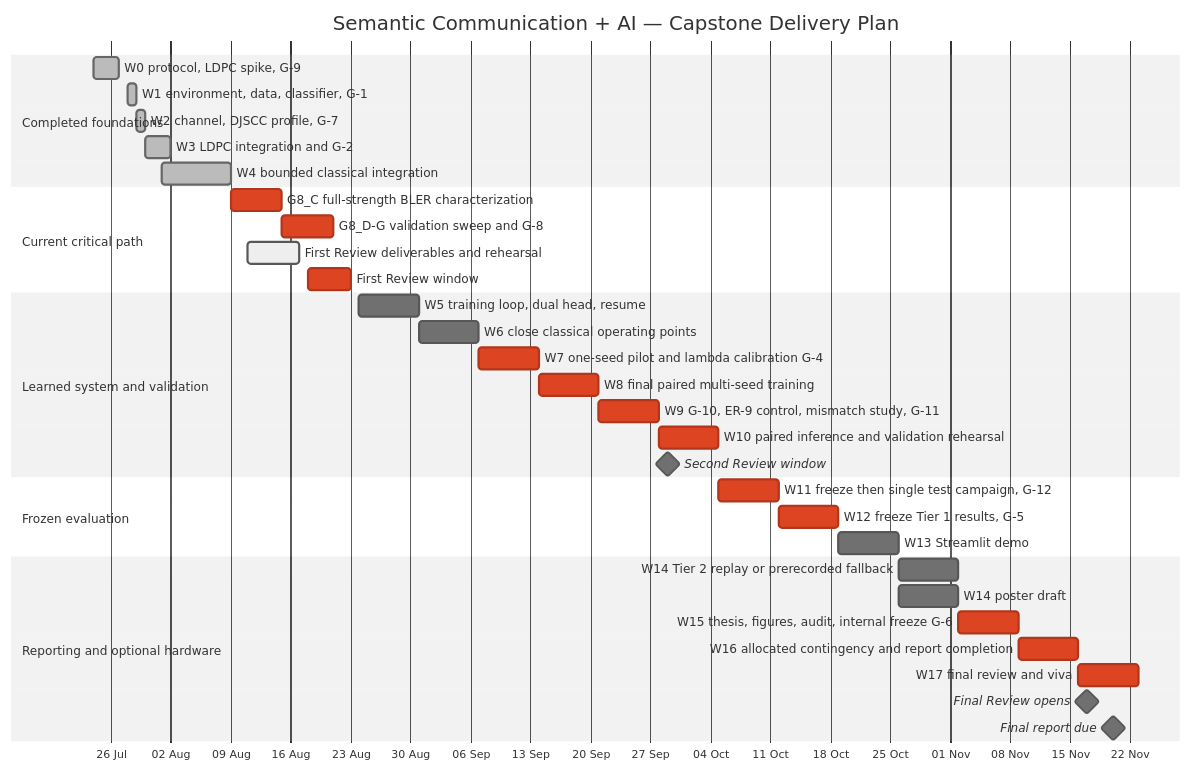
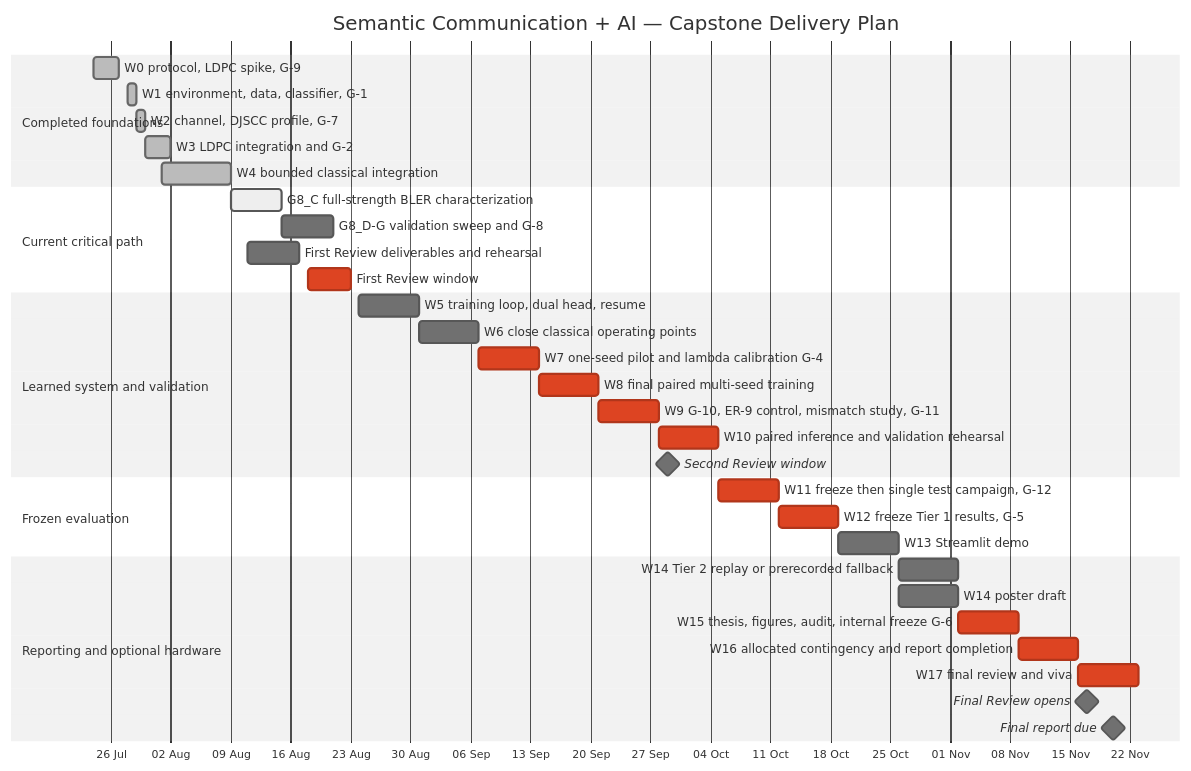
One commit to nxck2005/capstone changed the diagram in docs/gantt-plan.md. Above: the diagram before and after it, drawn with Mermaid (neutral theme). The commit also changed other lines of this file and 197 other files, not shown here.

````diff
--- a/docs/gantt-plan.md
+++ b/docs/gantt-plan.md
@@ -13,42 +13,42 @@
 ```mermaid
 gantt
     title Semantic Communication + AI — Capstone Delivery Plan
     dateFormat  YYYY-MM-DD
     axisFormat  %d %b
 
     section Completed foundations
     W0 protocol, LDPC spike, G-9                    :done, w0, 2026-07-24, 2026-07-27
     W1 environment, data, classifier, G-1           :done, w1, 2026-07-28, 2026-07-29
     W2 channel, DJSCC profile, G-7                  :done, w2, 2026-07-29, 2026-07-30
     W3 LDPC integration and G-2                     :done, w3, 2026-07-30, 2026-08-02
     W4 bounded classical integration                :done, w4, 2026-08-01, 2026-08-09
 
     section Current critical path
-    G8_C full-strength BLER characterization        :crit, g8c, 2026-08-09, 2026-08-15
-    G8_D-G validation sweep and G-8                 :crit, g8rest, after g8c, 6d
-    First Review deliverables and rehearsal         :active, reviewdocs, 2026-08-11, 2026-08-17
+    G8_C full-strength BLER characterization        :active, g8c, 2026-08-09, 2026-08-15
+    G8_D-G validation sweep and G-8                 :g8rest, after g8c, 6d
+    First Review deliverables and rehearsal         :reviewdocs, 2026-08-11, 2026-08-17
     First Review window                             :crit, r1, 2026-08-18, 5d
 
     section Learned system and validation
     W5 training loop, dual head, resume             :w5, 2026-08-24, 7d
     W6 close classical operating points             :w6, 2026-08-31, 7d
     W7 one-seed pilot and lambda calibration G-4    :crit, w7, 2026-09-07, 7d
     W8 final paired multi-seed training             :crit, w8, 2026-09-14, 7d
     W9 G-10, ER-9 control, mismatch study, G-11     :crit, w9, 2026-09-21, 7d
     W10 paired inference and validation rehearsal    :crit, w10, 2026-09-28, 7d
     Second Review window                            :milestone, r2, 2026-09-29, 0d
 
     section Frozen evaluation
     W11 freeze then single test campaign, G-12      :crit, w11, 2026-10-05, 7d
     W12 freeze Tier 1 results, G-5                  :crit, w12, 2026-10-12, 7d
     W13 Streamlit demo                              :w13, 2026-10-19, 7d
 
     section Reporting and optional hardware
     W14 Tier 2 replay or prerecorded fallback       :w14, 2026-10-26, 7d
     W14 poster draft                                :poster, 2026-10-26, 7d
     W15 thesis, figures, audit, internal freeze G-6 :crit, w15, 2026-11-02, 7d
     W16 allocated contingency and report completion :crit, w16, 2026-11-09, 7d
     W17 final review and viva                       :crit, w17, 2026-11-16, 7d
     Final Review opens                              :milestone, r3, 2026-11-17, 0d
     Final report due                                :milestone, report, 2026-11-20, 0d
 ```
````
